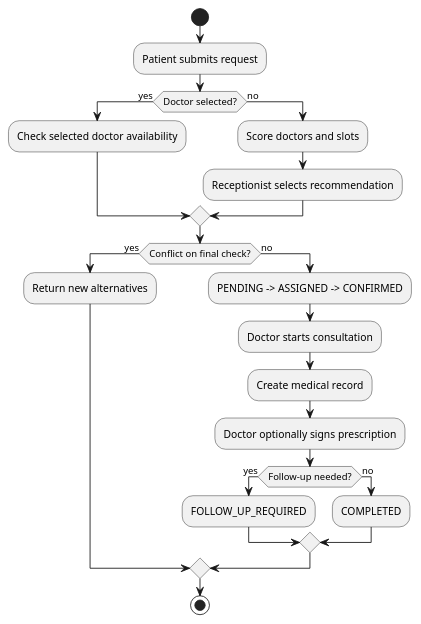
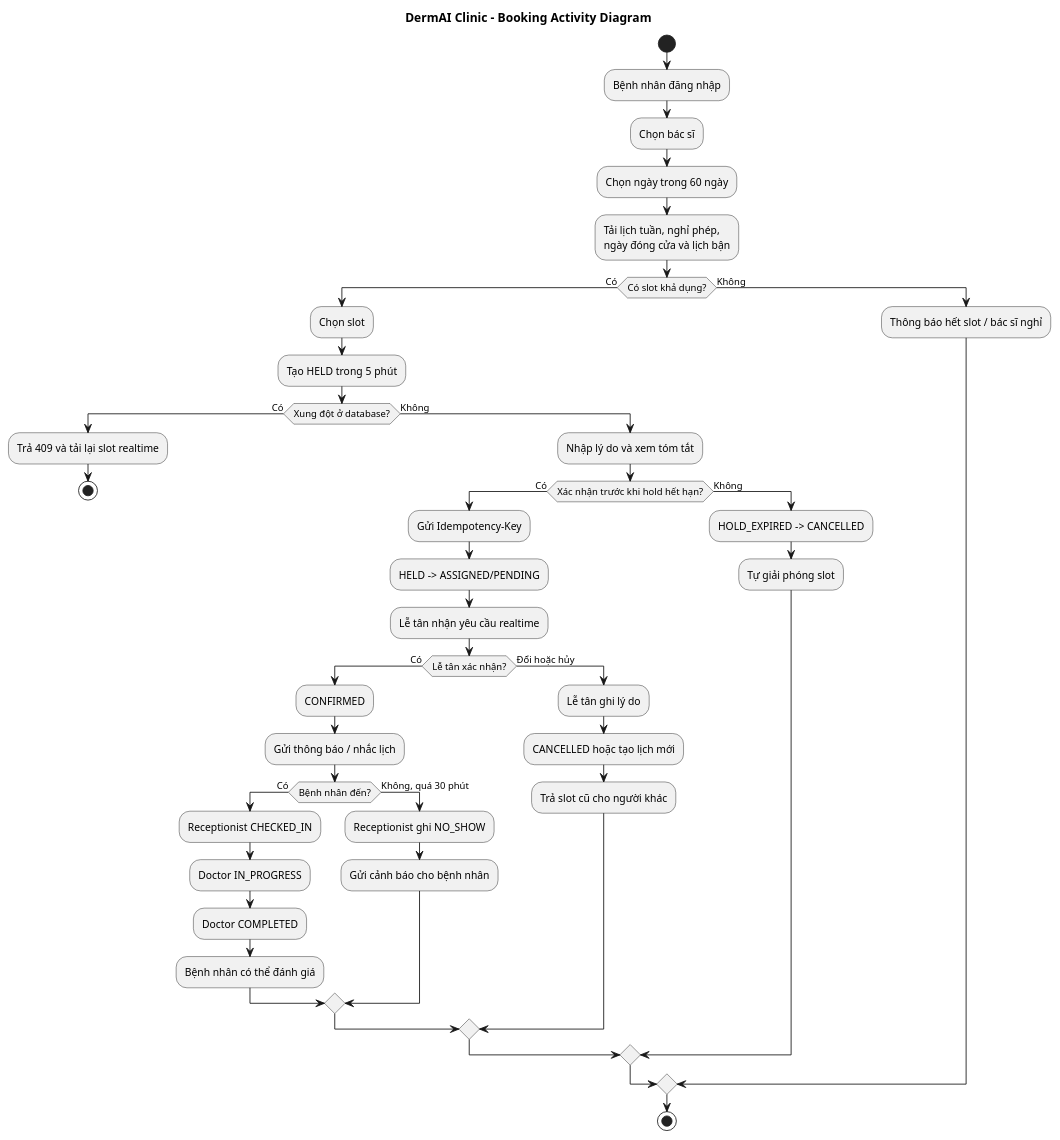
Before and after one commit to Nhutrieu/Dermai-clinic: the diagram in docs/diagrams/appointment-activity.puml, drawn with PlantUML. The commit also changed other lines of this file and 87 other files, not shown here.

```diff
--- a/docs/diagrams/appointment-activity.puml
+++ b/docs/diagrams/appointment-activity.puml
@@ -1,24 +1,47 @@
 @startuml
+title DermAI Clinic - Booking Activity Diagram
+skinparam shadowing false
 start
-:Patient submits request;
-if (Doctor selected?) then (yes)
-  :Check selected doctor availability;
-else (no)
-  :Score doctors and slots;
-  :Receptionist selects recommendation;
-endif
-if (Conflict on final check?) then (yes)
-  :Return new alternatives;
-else (no)
-  :PENDING -> ASSIGNED -> CONFIRMED;
-  :Doctor starts consultation;
-  :Create medical record;
-  :Doctor optionally signs prescription;
-  if (Follow-up needed?) then (yes)
-    :FOLLOW_UP_REQUIRED;
-  else (no)
-    :COMPLETED;
+:Bệnh nhân đăng nhập;
+:Chọn bác sĩ;
+:Chọn ngày trong 60 ngày;
+:Tải lịch tuần, nghỉ phép,\nngày đóng cửa và lịch bận;
+if (Có slot khả dụng?) then (Có)
+  :Chọn slot;
+  :Tạo HELD trong 5 phút;
+  if (Xung đột ở database?) then (Có)
+    :Trả 409 và tải lại slot realtime;
+    stop
+  else (Không)
+    :Nhập lý do và xem tóm tắt;
+    if (Xác nhận trước khi hold hết hạn?) then (Có)
+      :Gửi Idempotency-Key;
+      :HELD -> ASSIGNED/PENDING;
+      :Lễ tân nhận yêu cầu realtime;
+      if (Lễ tân xác nhận?) then (Có)
+        :CONFIRMED;
+        :Gửi thông báo / nhắc lịch;
+        if (Bệnh nhân đến?) then (Có)
+          :Receptionist CHECKED_IN;
+          :Doctor IN_PROGRESS;
+          :Doctor COMPLETED;
+          :Bệnh nhân có thể đánh giá;
+        else (Không, quá 30 phút)
+          :Receptionist ghi NO_SHOW;
+          :Gửi cảnh báo cho bệnh nhân;
+        endif
+      else (Đổi hoặc hủy)
+        :Lễ tân ghi lý do;
+        :CANCELLED hoặc tạo lịch mới;
+        :Trả slot cũ cho người khác;
+      endif
+    else (Không)
+      :HOLD_EXPIRED -> CANCELLED;
+      :Tự giải phóng slot;
+    endif
   endif
+else (Không)
+  :Thông báo hết slot / bác sĩ nghỉ;
 endif
 stop
 @enduml
```
